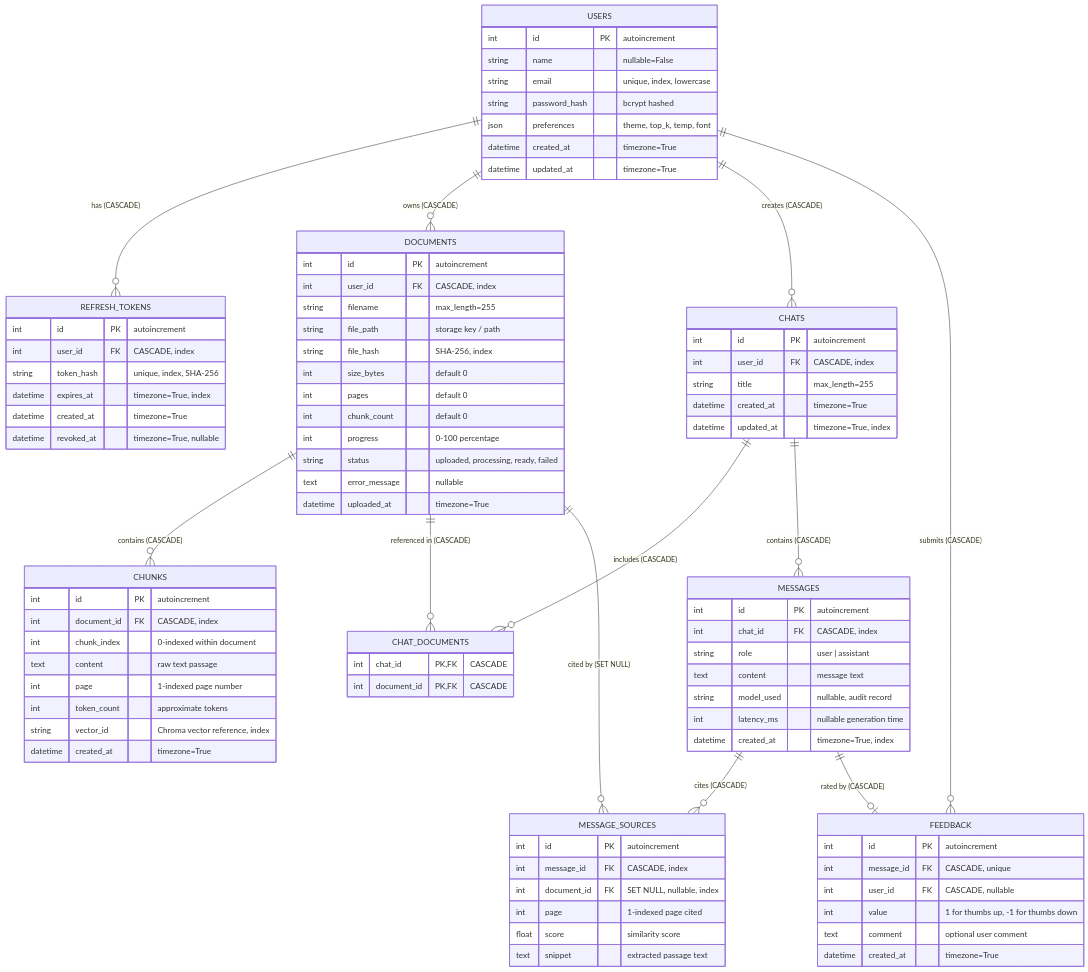
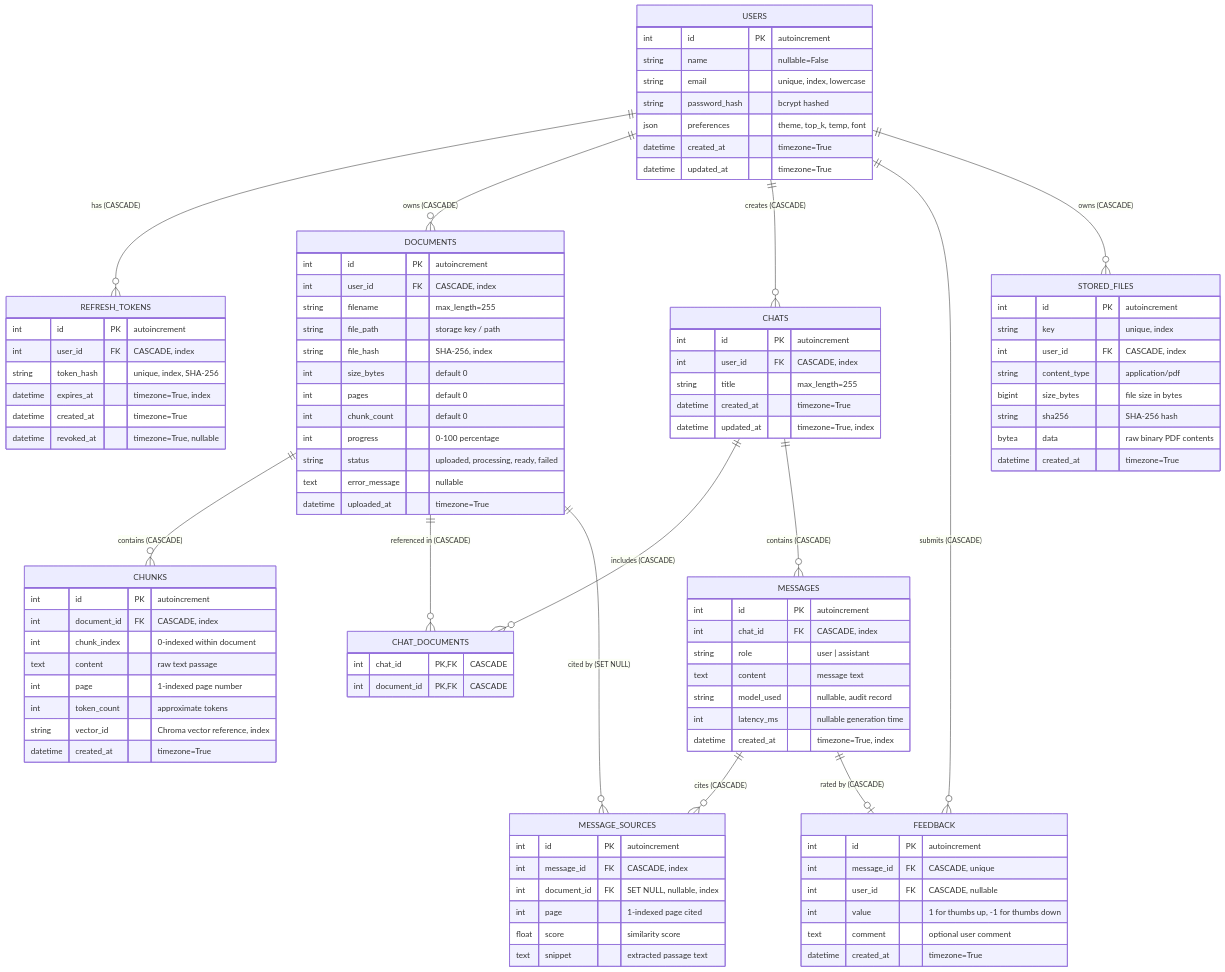
The diagram in docs/er_diagram.md (Ayush-Tiwari24/StudyMate), drawn with Mermaid before and after one commit. The commit also changed other lines of this file and 36 other files, not shown here.

````diff
--- a/docs/er_diagram.md
+++ b/docs/er_diagram.md
@@ -12,6 +12,7 @@
     USERS ||--o{ DOCUMENTS : "owns (CASCADE)"
     USERS ||--o{ CHATS : "creates (CASCADE)"
     USERS ||--o{ FEEDBACK : "submits (CASCADE)"
+    USERS ||--o{ STORED_FILES : "owns (CASCADE)"
 
     DOCUMENTS ||--o{ CHUNKS : "contains (CASCADE)"
     DOCUMENTS ||--o{ CHAT_DOCUMENTS : "referenced in (CASCADE)"
@@ -108,4 +109,15 @@
         text comment "optional user comment"
         datetime created_at "timezone=True"
     }
+
+    STORED_FILES {
+        int id PK "autoincrement"
+        string key "unique, index"
+        int user_id FK "CASCADE, index"
+        string content_type "application/pdf"
+        bigint size_bytes "file size in bytes"
+        string sha256 "SHA-256 hash"
+        bytea data "raw binary PDF contents"
+        datetime created_at "timezone=True"
+    }
 ```
````
